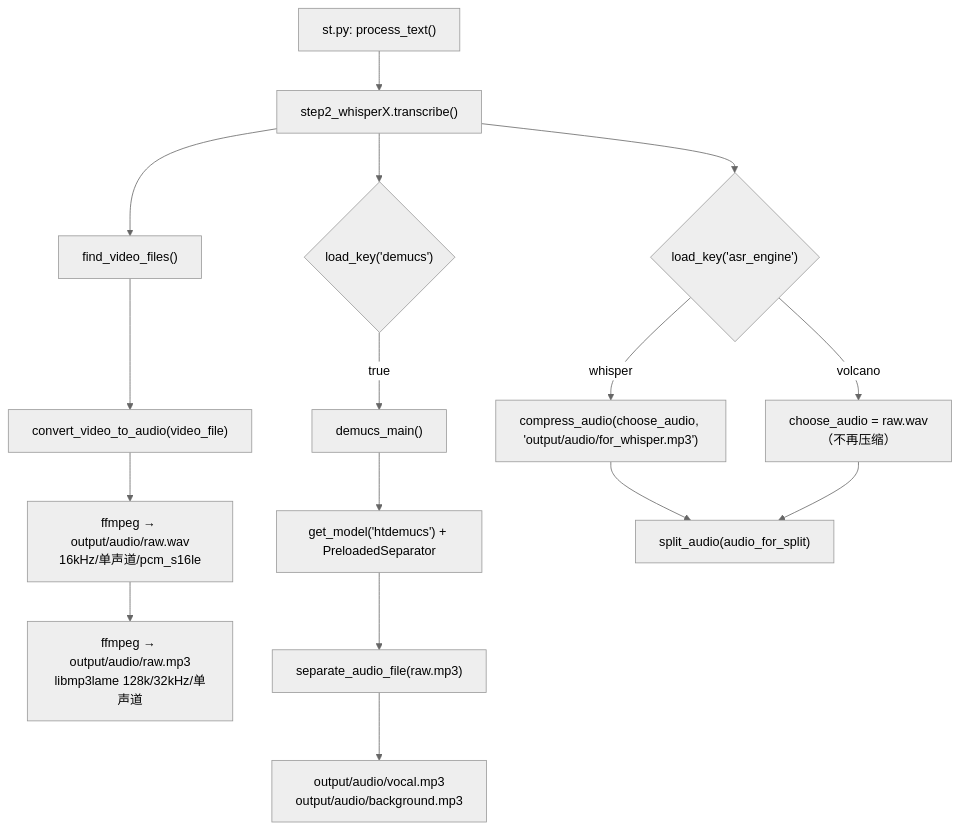
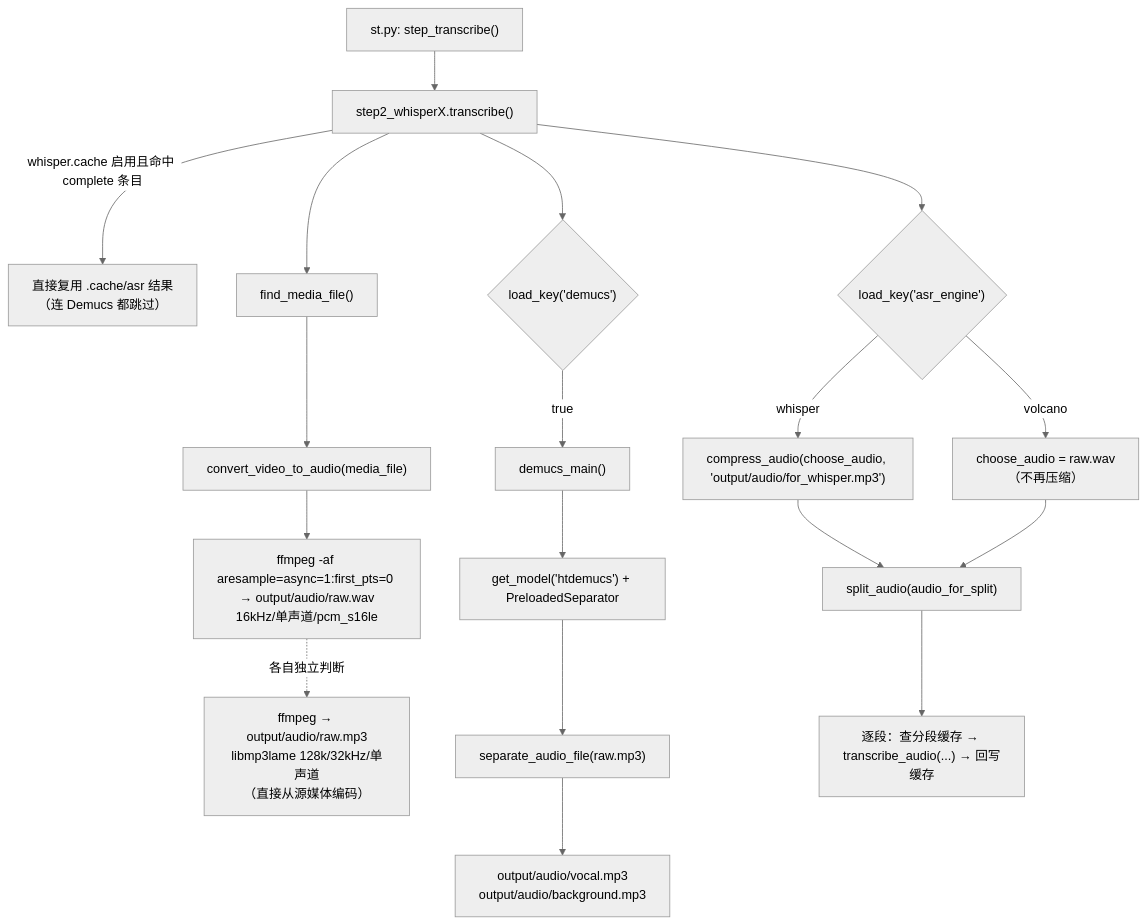
The second of 2 diagrams in devdocs/02-pipeline/01-下载与音频提取.md (Brzjomo/VideoLingoMove), drawn with Mermaid (neutral theme) before and after one commit. The commit also changed other lines of this file and 30 other files, not shown here.

````diff
--- a/devdocs/02-pipeline/01-下载与音频提取.md
+++ b/devdocs/02-pipeline/01-下载与音频提取.md
@@ -67,18 +68,20 @@
 ```mermaid
 flowchart TD
-    A["st.py: process_text()"] --> B["step2_whisperX.transcribe()"]
-    B --> C["find_video_files()"]
-    C --> D["convert_video_to_audio(video_file)"]
-    D --> D1["ffmpeg → output/audio/raw.wav<br/>16kHz/单声道/pcm_s16le"]
-    D1 --> D2["ffmpeg → output/audio/raw.mp3<br/>libmp3lame 128k/32kHz/单声道"]
+    A["st.py: step_transcribe()"] --> B["step2_whisperX.transcribe()"]
+    B -->|"whisper.cache 启用且命中 complete 条目"| Z0["直接复用 .cache/asr 结果<br/>（连 Demucs 都跳过）"]
+    B --> C["find_media_file()"]
+    C --> D["convert_video_to_audio(media_file)"]
+    D --> D1["ffmpeg -af aresample=async=1:first_pts=0 → output/audio/raw.wav<br/>16kHz/单声道/pcm_s16le"]
+    D1 -.->|"各自独立判断"| D2["ffmpeg → output/audio/raw.mp3<br/>libmp3lame 128k/32kHz/单声道<br/>（直接从源媒体编码）"]
     B --> E{"load_key('demucs')"}
     E -->|"true"| F["demucs_main()"]
     F --> F1["get_model('htdemucs') + PreloadedSeparator"]
     F1 --> F2["separate_audio_file(raw.mp3)"]
     F2 --> F3["output/audio/vocal.mp3<br/>output/audio/background.mp3"]
     B --> G{"load_key('asr_engine')"}
     G -->|"whisper"| H["compress_audio(choose_audio, 'output/audio/for_whisper.mp3')"]
     G -->|"volcano"| I["choose_audio = raw.wav<br/>（不再压缩）"]
     H --> J["split_audio(audio_for_split)"]
     I --> J
+    J --> K["逐段：查分段缓存 → transcribe_audio(...) → 回写缓存"]
 ```
````
